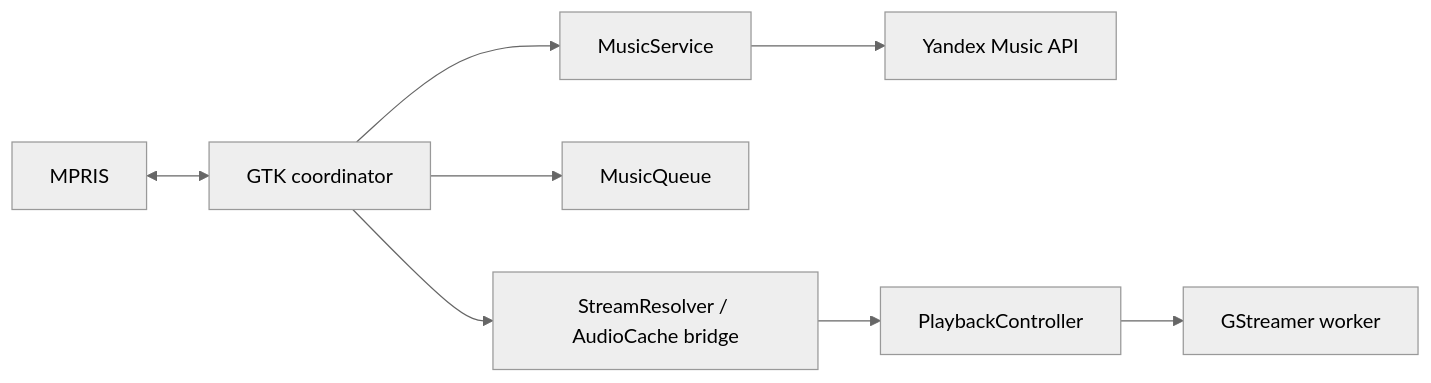
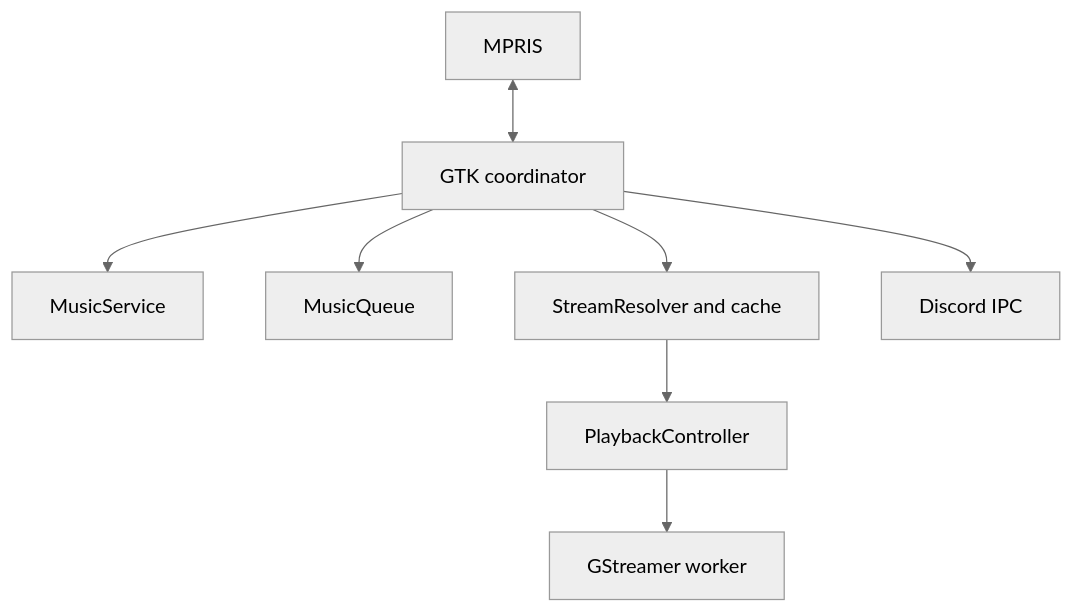
The diagram in docs/ARCHITECTURE.md (tracerxbrhd/karin), drawn with Mermaid (neutral theme) before and after one commit. The commit also changed other lines of this file and 18 other files, not shown here.

Commit message:
Consolidate architecture decisions and maintenance documentation

````diff
--- a/docs/ARCHITECTURE.md
+++ b/docs/ARCHITECTURE.md
@@ -9,10 +10,10 @@
 ```mermaid
-flowchart LR
-    UI[GTK coordinator] --> API[MusicService]
-    API --> Music[Yandex Music API]
+flowchart TD
+    UI[GTK coordinator] --> Service[MusicService]
     UI --> Queue[MusicQueue]
-    UI --> Source[StreamResolver / AudioCache bridge]
-    Source --> Player[PlaybackController]
-    Player --> GST[GStreamer worker]
+    UI --> Source[StreamResolver and cache]
+    Source --> Playback[PlaybackController]
+    Playback --> GStreamer[GStreamer worker]
     MPRIS[MPRIS] <--> UI
+    UI --> Discord[Discord IPC]
 ```
````
